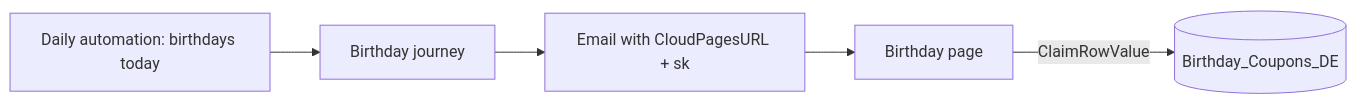
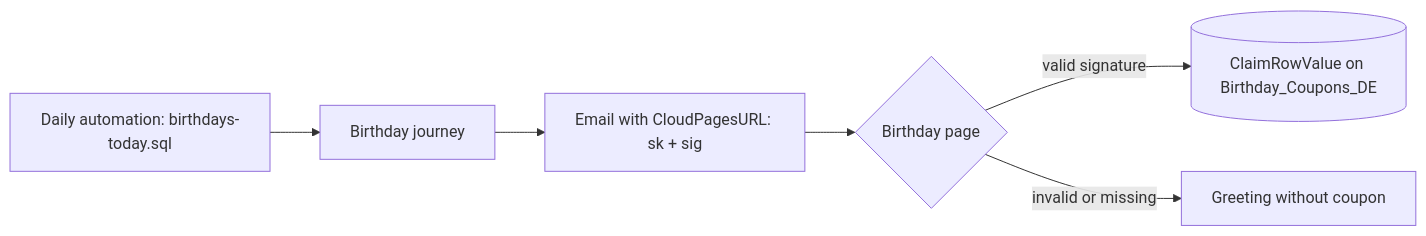
One commit to IgorBratti/sfmc-handbook changed the diagram in cloudpages/birthday-page/README.md. Above: the diagram before and after it, drawn with Mermaid. The commit also changed other lines of this file and 9 other files, not shown here.

Commit message:
Fix CloudPages security: signed links and allow-lists

````diff
--- a/cloudpages/birthday-page/README.md
+++ b/cloudpages/birthday-page/README.md
@@ -19,7 +19,8 @@
 ```mermaid
 flowchart LR
-  A[Daily automation: birthdays today] --> B[Birthday journey]
-  B --> C[Email with CloudPagesURL + sk]
-  C --> D[Birthday page]
-  D -- ClaimRowValue --> E[(Birthday_Coupons_DE)]
+  A[Daily automation: birthdays-today.sql] --> B[Birthday journey]
+  B --> C[Email with CloudPagesURL: sk + sig]
+  C --> D{Birthday page}
+  D -- valid signature --> E[(ClaimRowValue on Birthday_Coupons_DE)]
+  D -- invalid or missing --> F[Greeting without coupon]
 ```
````
